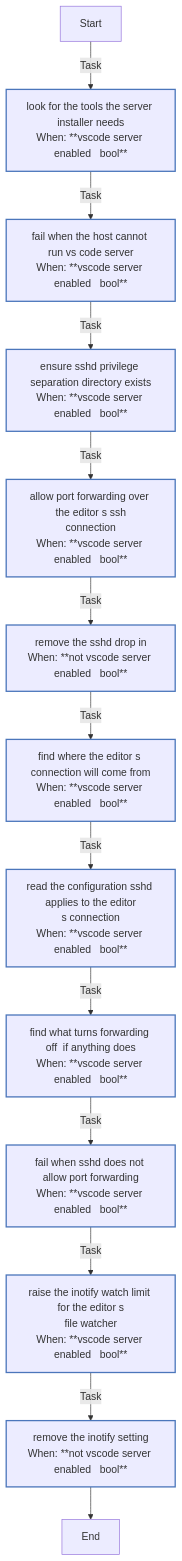
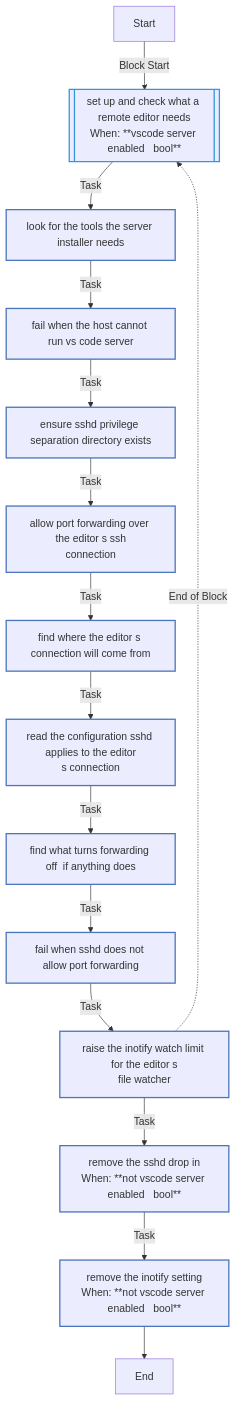
One commit to kawadeomkar/agent-warehouse changed the diagram in docs/reference/roles/vscode_server.md. Above: the diagram before and after it, drawn with Mermaid. The commit also changed other lines of this file and 32 other files, not shown here.

````diff
--- a/docs/reference/roles/vscode_server.md
+++ b/docs/reference/roles/vscode_server.md
@@ -48,25 +49,27 @@
 ```mermaid
 flowchart TD
 Start
 classDef block stroke:#3498db,stroke-width:2px;
 classDef task stroke:#4b76bb,stroke-width:2px;
 classDef includeTasks stroke:#16a085,stroke-width:2px;
 classDef importTasks stroke:#34495e,stroke-width:2px;
 classDef includeRole stroke:#2980b9,stroke-width:2px;
 classDef importRole stroke:#699ba7,stroke-width:2px;
 classDef includeVars stroke:#8e44ad,stroke-width:2px;
 classDef rescue stroke:#665352,stroke-width:2px;
 
-  Start-->|Task| Look_for_the_tools_the_server_installer_needs0[look for the tools the server installer needs<br>When: **vscode server enabled   bool**]:::task
-  Look_for_the_tools_the_server_installer_needs0-->|Task| Fail_when_the_host_cannot_run_VS_Code_Server1[fail when the host cannot run vs code server<br>When: **vscode server enabled   bool**]:::task
-  Fail_when_the_host_cannot_run_VS_Code_Server1-->|Task| Ensure_sshd_privilege_separation_directory_exists2[ensure sshd privilege separation directory exists<br>When: **vscode server enabled   bool**]:::task
-  Ensure_sshd_privilege_separation_directory_exists2-->|Task| Allow_port_forwarding_over_the_editor_s_SSH_connection3[allow port forwarding over the editor s ssh<br>connection<br>When: **vscode server enabled   bool**]:::task
-  Allow_port_forwarding_over_the_editor_s_SSH_connection3-->|Task| Remove_the_sshd_drop_in4[remove the sshd drop in<br>When: **not vscode server enabled   bool**]:::task
-  Remove_the_sshd_drop_in4-->|Task| Find_where_the_editor_s_connection_will_come_from5[find where the editor s connection will come from<br>When: **vscode server enabled   bool**]:::task
-  Find_where_the_editor_s_connection_will_come_from5-->|Task| Read_the_configuration_sshd_applies_to_the_editor_s_connection6[read the configuration sshd applies to the editor<br>s connection<br>When: **vscode server enabled   bool**]:::task
-  Read_the_configuration_sshd_applies_to_the_editor_s_connection6-->|Task| Find_what_turns_forwarding_off__if_anything_does7[find what turns forwarding off  if anything does<br>When: **vscode server enabled   bool**]:::task
-  Find_what_turns_forwarding_off__if_anything_does7-->|Task| Fail_when_sshd_does_not_allow_port_forwarding8[fail when sshd does not allow port forwarding<br>When: **vscode server enabled   bool**]:::task
-  Fail_when_sshd_does_not_allow_port_forwarding8-->|Task| Raise_the_inotify_watch_limit_for_the_editor_s_file_watcher9[raise the inotify watch limit for the editor s<br>file watcher<br>When: **vscode server enabled   bool**]:::task
-  Raise_the_inotify_watch_limit_for_the_editor_s_file_watcher9-->|Task| Remove_the_inotify_setting10[remove the inotify setting<br>When: **not vscode server enabled   bool**]:::task
-  Remove_the_inotify_setting10-->End
+  Start-->|Block Start| Set_up_and_check_what_a_remote_editor_needs0_block_start_0[[set up and check what a remote editor needs<br>When: **vscode server enabled   bool**]]:::block
+  Set_up_and_check_what_a_remote_editor_needs0_block_start_0-->|Task| Look_for_the_tools_the_server_installer_needs0[look for the tools the server installer needs]:::task
+  Look_for_the_tools_the_server_installer_needs0-->|Task| Fail_when_the_host_cannot_run_VS_Code_Server1[fail when the host cannot run vs code server]:::task
+  Fail_when_the_host_cannot_run_VS_Code_Server1-->|Task| Ensure_sshd_privilege_separation_directory_exists2[ensure sshd privilege separation directory exists]:::task
+  Ensure_sshd_privilege_separation_directory_exists2-->|Task| Allow_port_forwarding_over_the_editor_s_SSH_connection3[allow port forwarding over the editor s ssh<br>connection]:::task
+  Allow_port_forwarding_over_the_editor_s_SSH_connection3-->|Task| Find_where_the_editor_s_connection_will_come_from4[find where the editor s connection will come from]:::task
+  Find_where_the_editor_s_connection_will_come_from4-->|Task| Read_the_configuration_sshd_applies_to_the_editor_s_connection5[read the configuration sshd applies to the editor<br>s connection]:::task
+  Read_the_configuration_sshd_applies_to_the_editor_s_connection5-->|Task| Find_what_turns_forwarding_off__if_anything_does6[find what turns forwarding off  if anything does]:::task
+  Find_what_turns_forwarding_off__if_anything_does6-->|Task| Fail_when_sshd_does_not_allow_port_forwarding7[fail when sshd does not allow port forwarding]:::task
+  Fail_when_sshd_does_not_allow_port_forwarding7-->|Task| Raise_the_inotify_watch_limit_for_the_editor_s_file_watcher8[raise the inotify watch limit for the editor s<br>file watcher]:::task
+  Raise_the_inotify_watch_limit_for_the_editor_s_file_watcher8-.->|End of Block| Set_up_and_check_what_a_remote_editor_needs0_block_start_0
+  Raise_the_inotify_watch_limit_for_the_editor_s_file_watcher8-->|Task| Remove_the_sshd_drop_in1[remove the sshd drop in<br>When: **not vscode server enabled   bool**]:::task
+  Remove_the_sshd_drop_in1-->|Task| Remove_the_inotify_setting2[remove the inotify setting<br>When: **not vscode server enabled   bool**]:::task
+  Remove_the_inotify_setting2-->End
 ```
````
